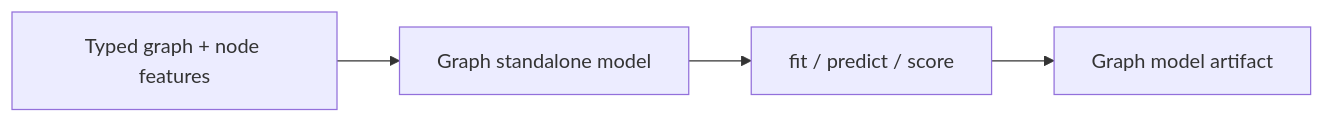
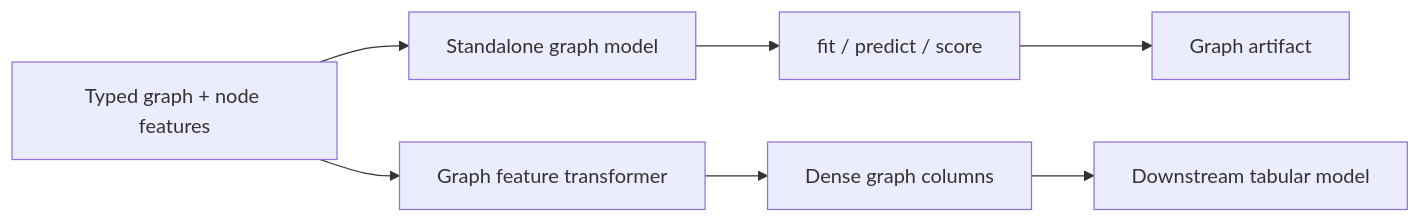
One commit to albrmar/cartoboost changed the diagram in docs/graph-features.md. Above: the diagram before and after it, drawn with Mermaid. The commit also changed other lines of this file and 102 other files, not shown here.

````diff
--- a/docs/graph-features.md
+++ b/docs/graph-features.md
@@ -29,6 +31,10 @@
 ```mermaid
 flowchart LR
-    A["Typed graph + node features"] --> B["Graph standalone model"]
+    A["Typed graph + node features"] --> B["Standalone graph model"]
     B --> C["fit / predict / score"]
-    C --> D["Graph model artifact"]
+    C --> D["Graph artifact"]
+
+    A --> E["Graph feature transformer"]
+    E --> F["Dense graph columns"]
+    F --> G["Downstream tabular model"]
 ```
````
